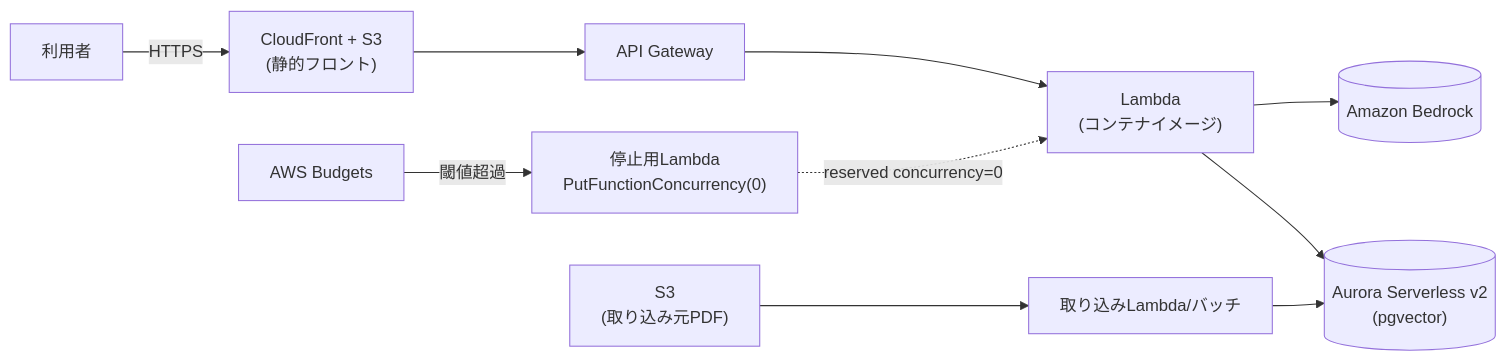
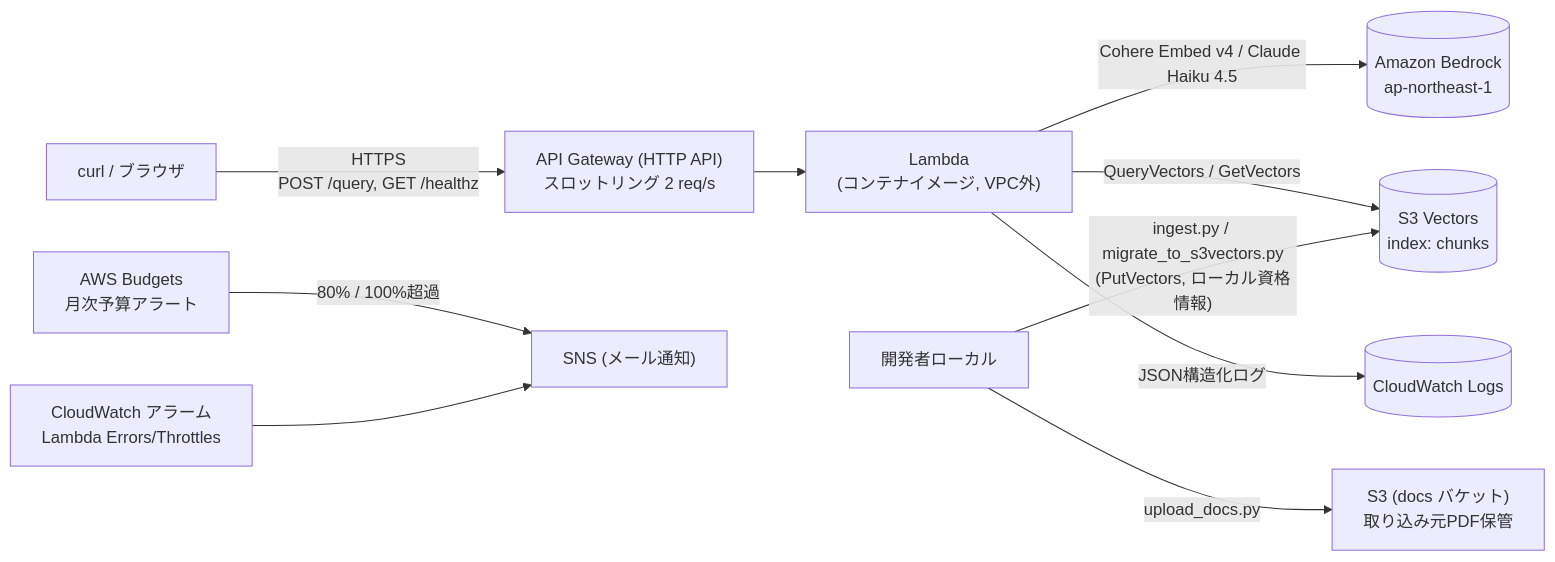
The second of 2 diagrams in docs/architecture.md (yasaims/LLMOps-RAG), drawn with Mermaid before and after one commit. The commit also changed other lines of this file and 49 other files, not shown here.

First line of the commit message:
Add Phase 2: AWS deployment via Terraform (Lambda + API Gateway + S3 Vectors)

````diff
--- a/docs/architecture.md
+++ b/docs/architecture.md
@@ -27,13 +27,14 @@
 ```mermaid
 flowchart LR
-    user["利用者"] -->|HTTPS| cf["CloudFront + S3\n(静的フロント)"]
-    cf --> apigw["API Gateway"]
-    apigw --> lambda["Lambda\n(コンテナイメージ)"]
-    lambda --> bedrock[("Amazon Bedrock")]
-    lambda --> aurora[("Aurora Serverless v2\n(pgvector)")]
-    s3["S3\n(取り込み元PDF)"] --> ingestlambda["取り込みLambda/バッチ"]
-    ingestlambda --> aurora
+    client["curl / ブラウザ"] -->|"HTTPS\nPOST /query, GET /healthz"| apigw["API Gateway (HTTP API)\nスロットリング 2 req/s"]
+    apigw --> lambda["Lambda\n(コンテナイメージ, VPC外)"]
+    lambda -->|"Cohere Embed v4 / Claude Haiku 4.5"| bedrock[("Amazon Bedrock\nap-northeast-1")]
+    lambda -->|"QueryVectors / GetVectors"| s3v[("S3 Vectors\nindex: chunks")]
+    lambda -->|"JSON構造化ログ"| logs[("CloudWatch Logs")]
 
-    budgets["AWS Budgets"] -->|閾値超過| stopfn["停止用Lambda\nPutFunctionConcurrency(0)"]
-    stopfn -.->|reserved concurrency=0| lambda
+    dev["開発者ローカル"] -->|"upload_docs.py"| docs["S3 (docs バケット)\n取り込み元PDF保管"]
+    dev -->|"ingest.py / migrate_to_s3vectors.py\n(PutVectors, ローカル資格情報)"| s3v
+
+    budgets["AWS Budgets\n月次予算アラート"] -->|"80% / 100%超過"| sns["SNS (メール通知)"]
+    cwalarm["CloudWatch アラーム\nLambda Errors/Throttles"] --> sns
 ```
````
